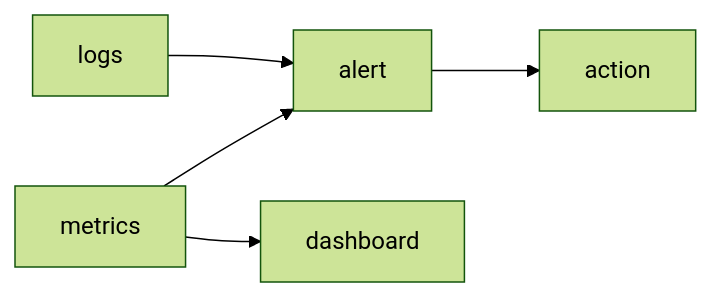
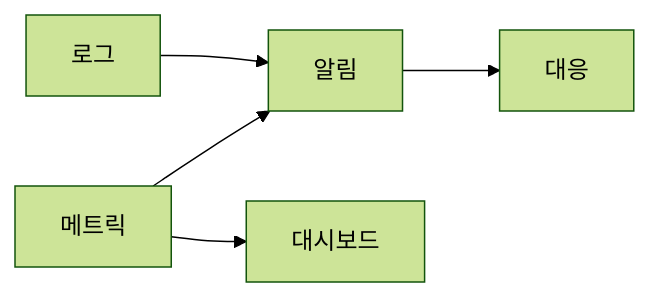
The diagram in content/sre-101/ko/05-monitoring.md (yeongseon-books/book-content), drawn with Mermaid (forest theme) before and after one commit. The commit also changed other lines of this file and 9 other files, not shown here.

````diff
--- a/content/sre-101/ko/05-monitoring.md
+++ b/content/sre-101/ko/05-monitoring.md
@@ -33,7 +47,7 @@
 ```mermaid
 flowchart LR
-    Metrics["metrics"] --> Alert["alert"]
-    Logs["logs"] --> Alert
-    Alert --> Action["action"]
-    Metrics --> Dash["dashboard"]
+    Metrics["메트릭"] --> Alert["알림"]
+    Logs["로그"] --> Alert
+    Alert --> Action["대응"]
+    Metrics --> Dash["대시보드"]
 ```
````
